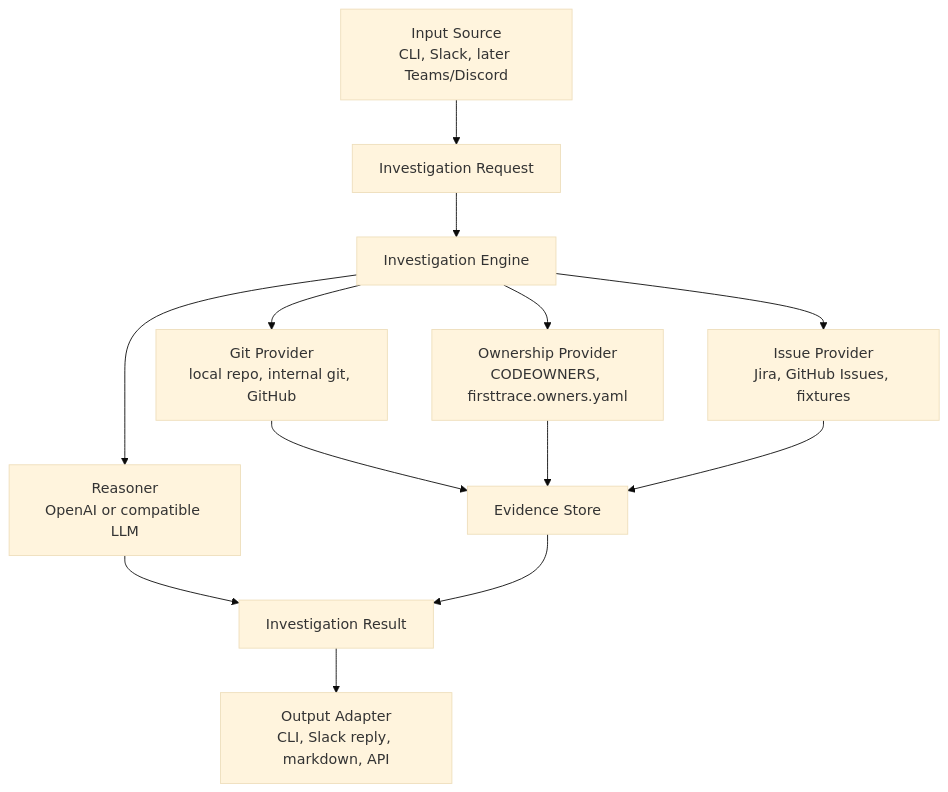
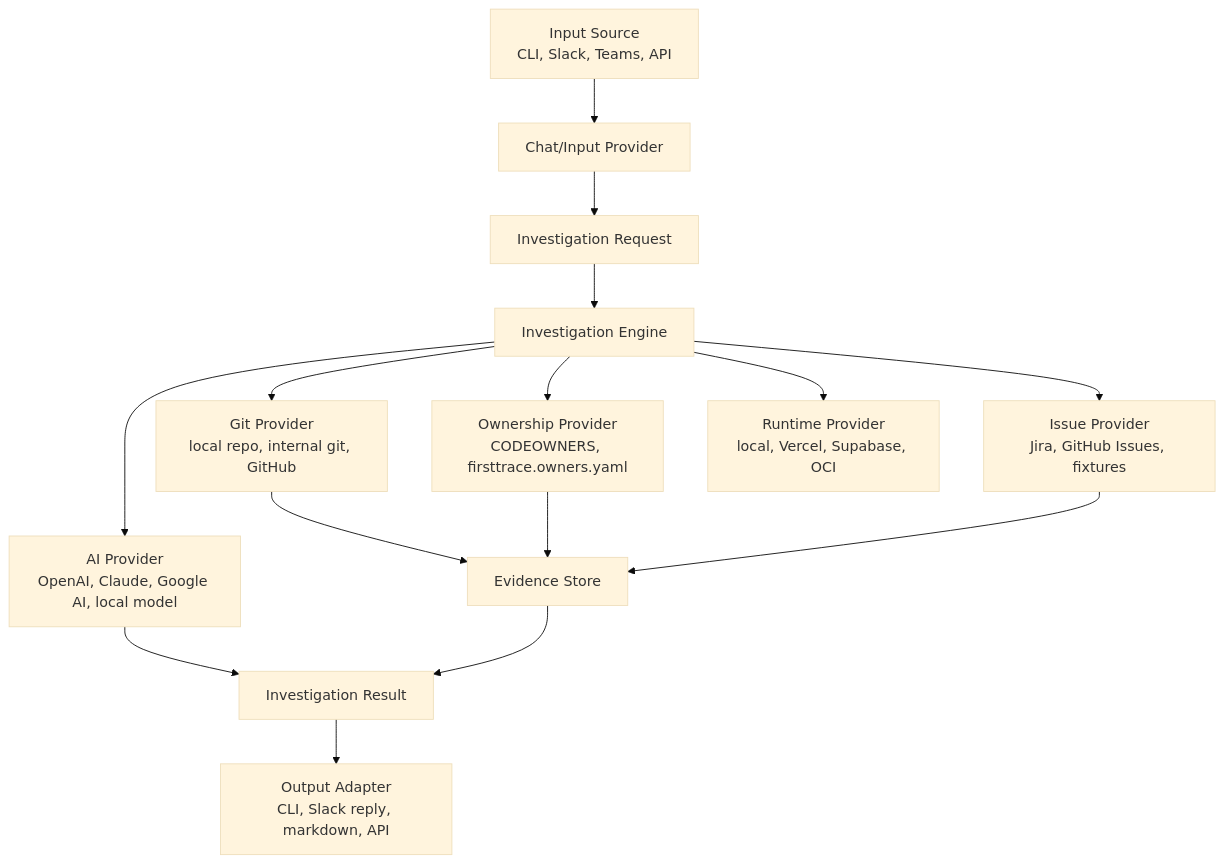
Before and after one commit to temaus91/firsttrace: the diagram in docs/PRODUCT_PLAN.md, drawn with Mermaid (base theme). The commit also changed other lines of this file and 16 other files, not shown here.

Commit message:
Implement OpenAI reasoner for local CLI

````diff
--- a/docs/PRODUCT_PLAN.md
+++ b/docs/PRODUCT_PLAN.md
@@ -53,18 +53,20 @@
 ```mermaid
 flowchart TD
-  Source["Input Source<br/>CLI, Slack, later Teams/Discord"] --> Request["Investigation Request"]
+  Source["Input Source<br/>CLI, Slack, Teams, API"] --> ChatProvider["Chat/Input Provider"]
+  ChatProvider --> Request["Investigation Request"]
   Request --> Engine["Investigation Engine"]
 
   Engine --> Git["Git Provider<br/>local repo, internal git, GitHub"]
   Engine --> Owners["Ownership Provider<br/>CODEOWNERS, firsttrace.owners.yaml"]
   Engine --> Issues["Issue Provider<br/>Jira, GitHub Issues, fixtures"]
-  Engine --> Reasoner["Reasoner<br/>OpenAI or compatible LLM"]
+  Engine --> Reasoner["AI Provider<br/>OpenAI, Claude, Google AI, local model"]
+  Engine --> Runtime["Runtime Provider<br/>local, Vercel, Supabase, OCI"]
 
   Git --> Evidence["Evidence Store"]
   Owners --> Evidence
   Issues --> Evidence
   Reasoner --> Result["Investigation Result"]
   Evidence --> Result
 
   Result --> Output["Output Adapter<br/>CLI, Slack reply, markdown, API"]
 ```
````
